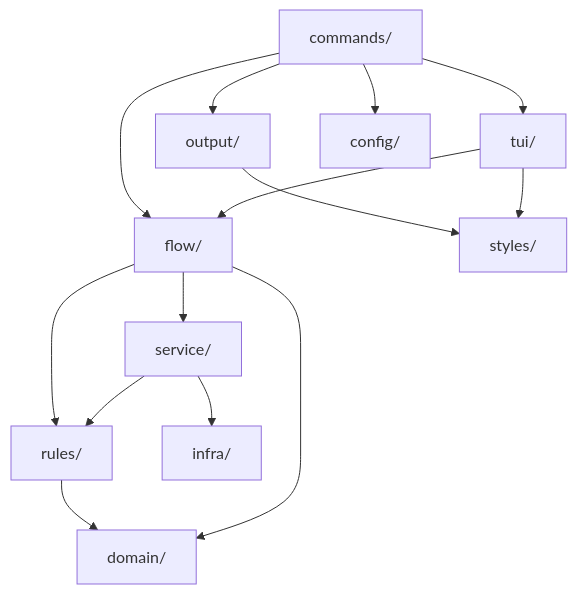
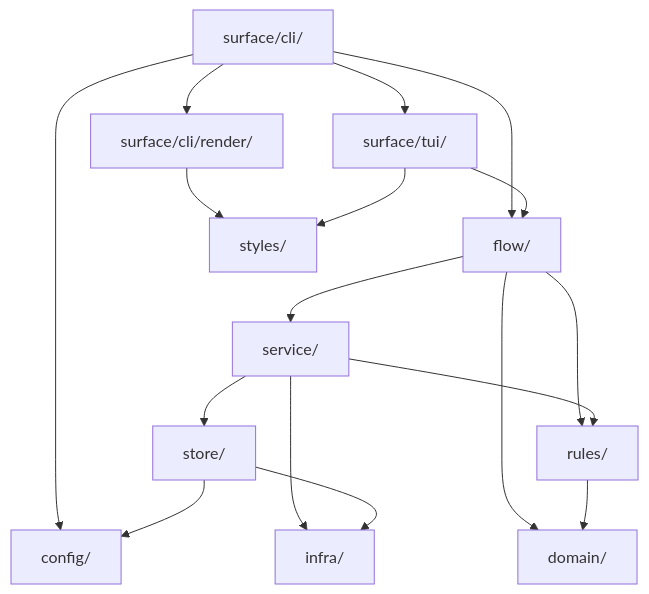
Before and after one commit to LucasPcq/wtm: the diagram in docs/dev/architecture.md, drawn with Mermaid. The commit also changed other lines of this file and 1230 other files, not shown here.

````diff
--- a/docs/dev/architecture.md
+++ b/docs/dev/architecture.md
@@ -126,16 +148,19 @@
 ```mermaid
 flowchart TD
-  commands["commands/"] --> flow["flow/"]
-  commands --> output["output/"]
-  commands --> tui["tui/"]
-  commands --> config["config/"]
+  cli["surface/cli/"] --> output["surface/cli/render/"]
+  cli --> flow["flow/"]
+  cli --> tui["surface/tui/"]
+  cli --> config["config/"]
   tui --> flow
   flow --> service["service/"]
   flow --> rules["rules/"]
+  service --> store["store/"]
   service --> infra["infra/"]
   service --> rules
+  flow --> domain
+  store --> config
+  store --> infra
   rules --> domain["domain/"]
-  flow --> domain
   output --> styles["styles/"]
   tui --> styles
 ```
````
